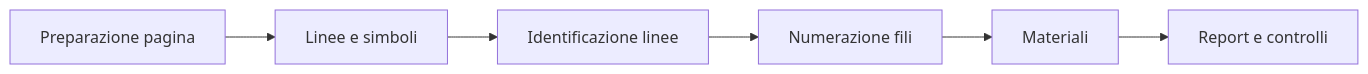
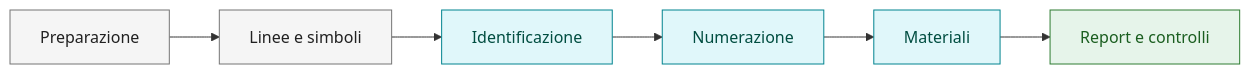
Before and after one commit to robertochello/spac-start-knowledge-base: the diagram in docs/17-unifilare.md, drawn with Mermaid. The commit also changed 27 other files, not shown here.

Commit message:
docs: standardize diagrams and visual cues

````diff
--- a/docs/17-unifilare.md
+++ b/docs/17-unifilare.md
@@ -17,8 +17,12 @@
 ```mermaid
 flowchart LR
-    A[Preparazione pagina] --> B[Linee e simboli]
-    B --> C[Identificazione linee]
-    C --> D[Numerazione fili]
-    D --> E[Materiali]
-    E --> F[Report e controlli]
+    A[Preparazione]:::process --> B[Linee e simboli]:::process
+    B --> C[Identificazione]:::data
+    C --> D[Numerazione]:::data
+    D --> E[Materiali]:::data
+    E --> F[Report e controlli]:::ok
+
+    classDef ok fill:#e6f4ea,stroke:#2e7d32,color:#1b5e20;
+    classDef data fill:#e0f7fa,stroke:#00838f,color:#004d40;
+    classDef process fill:#f5f5f5,stroke:#757575,color:#212121;
 ```
````
